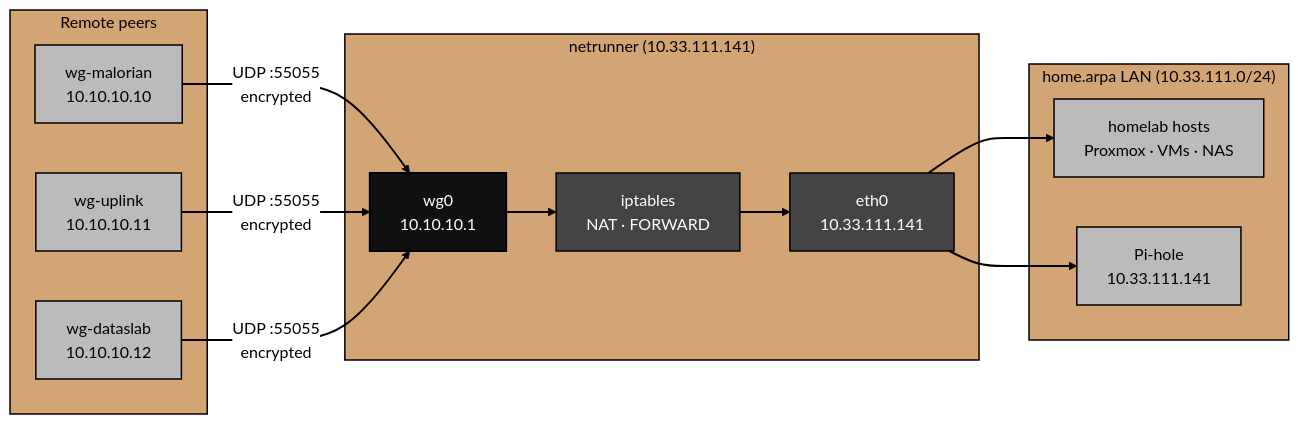
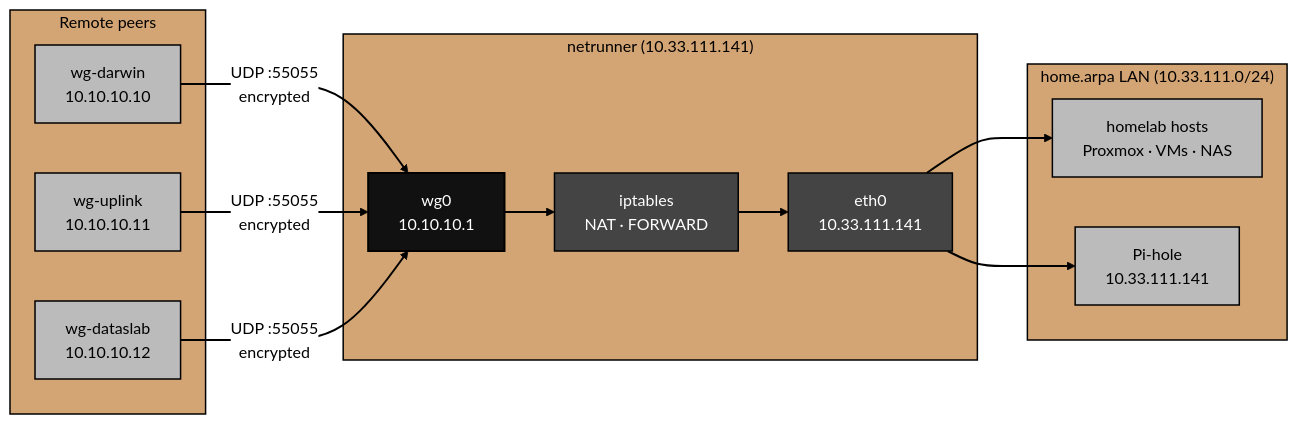
The diagram in wireguard/docs/architecture.md (arpatek/home.arpa), drawn with Mermaid (neutral theme) before and after one commit. The commit also changed other lines of this file and 2 other files, not shown here.

Commit message:
feat(wireguard): rename wg-malorian to wg-darwin, revoke wg-silverhand
Changes:
- darwin inherits malorian's keypair and 10.10.10.10 — same machine role, macOS laptop
- remove the wg-silverhand peer entirely; 10.10.10.13 is now free
- update topology tree, peer table, and the architecture mermaid node

Note: the server side on netrunner still has to be reconciled — wg-silverhand
remains a valid peer there until removed from the live interface and wg0.conf.

````diff
--- a/wireguard/docs/architecture.md
+++ b/wireguard/docs/architecture.md
@@ -36,36 +36,36 @@
 ```mermaid
 flowchart LR
     subgraph PEERS["Remote peers"]
-        NZ["wg-malorian\n10.10.10.10"]
+        DW["wg-darwin\n10.10.10.10"]
         DA["wg-uplink\n10.10.10.11"]
         DG["wg-dataslab\n10.10.10.12"]
     end
 
     subgraph RPI["netrunner (10.33.111.141)"]
         WG["wg0\n10.10.10.1"]
         IPT["iptables\nNAT · FORWARD"]
         ETH["eth0\n10.33.111.141"]
         WG --> IPT --> ETH
     end
 
     subgraph LAN["home.arpa LAN (10.33.111.0/24)"]
         HOSTS["homelab hosts\nProxmox · VMs · NAS"]
         DNS["Pi-hole\n10.33.111.141"]
     end
 
-    NZ & DA & DG -->|"UDP :55055\nencrypted"| WG
+    DW & DA & DG -->|"UDP :55055\nencrypted"| WG
     ETH --> HOSTS
     ETH --> DNS
 
     linkStyle default stroke:#000000,stroke-width:2px;
 
     classDef core      fill:#111111,stroke:#000000,color:#ffffff,stroke-width:2px;
     classDef service   fill:#444444,stroke:#000000,color:#ffffff,stroke-width:1.5px;
     classDef external  fill:#bbbbbb,stroke:#000000,color:#000000,stroke-width:1.5px;
     classDef hostlabel fill:#d4a574,stroke:#000000,color:#000000,stroke-width:1.5px;
 
     class WG core;
     class IPT,ETH service;
-    class NZ,DA,DG,HOSTS,DNS external;
+    class DW,DA,DG,HOSTS,DNS external;
     class PEERS,RPI,LAN hostlabel;
 ```
````
